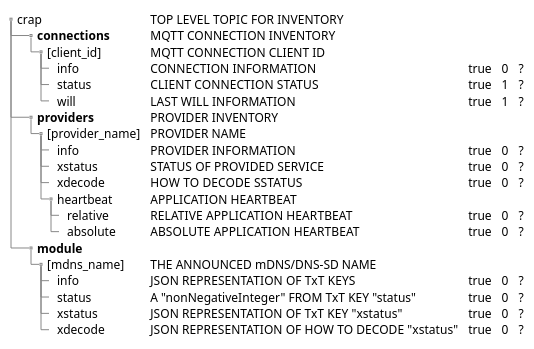
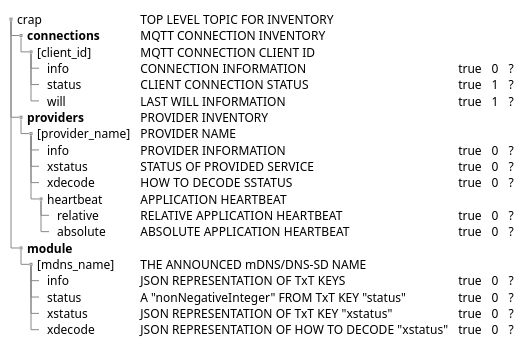
Before and after one commit to ITxPT/schematest: the diagram in puml-linktest/crap.puml, drawn with PlantUML.

```diff
--- a/puml-linktest/crap.puml
+++ b/puml-linktest/crap.puml
@@ -1,30 +1,30 @@
 @startsalt (id=crap)
 'title test crap
 {
 {T
 ' test crap
 + crap | TOP LEVEL TOPIC FOR INVENTORY
-+++ **connections** | MQTT CONNECTION INVENTORY
-++++ [client_id] | MQTT CONNECTION CLIENT ID
-+++++ info | CONNECTION INFORMATION | true | 0 | ?
-+++++ status | CLIENT CONNECTION STATUS | true | 1 | ?
-+++++ will | LAST WILL INFORMATION | true | 1 | ?
+++ **connections** | MQTT CONNECTION INVENTORY
++++ [client_id] | MQTT CONNECTION CLIENT ID
+++++ info | CONNECTION INFORMATION | true | 0 | ?
+++++ status | CLIENT CONNECTION STATUS | true | 1 | ?
+++++ will | LAST WILL INFORMATION | true | 1 | ?
 
-+++ **providers** | PROVIDER INVENTORY
-++++ [provider_name] | PROVIDER NAME
-+++++ info | PROVIDER INFORMATION | true | 0 | ?
-+++++ xstatus | STATUS OF PROVIDED SERVICE | true | 0 | ?
-+++++ xdecode | HOW TO DECODE SSTATUS | true | 0 | ?
-+++++ heartbeat | APPLICATION HEARTBEAT
-++++++ relative | RELATIVE APPLICATION HEARTBEAT | true | 0 | ?
-++++++ absolute | ABSOLUTE APPLICATION HEARTBEAT | true | 0 | ?
+++ **providers** | PROVIDER INVENTORY
++++ [provider_name] | PROVIDER NAME
+++++ info | PROVIDER INFORMATION | true | 0 | ?
+++++ xstatus | STATUS OF PROVIDED SERVICE | true | 0 | ?
+++++ xdecode | HOW TO DECODE SSTATUS | true | 0 | ?
+++++ heartbeat | APPLICATION HEARTBEAT
++++++ relative | RELATIVE APPLICATION HEARTBEAT | true | 0 | ?
++++++ absolute | ABSOLUTE APPLICATION HEARTBEAT | true | 0 | ?
 
-+++ **module**
-++++ [mdns_name] | THE ANNOUNCED mDNS/DNS-SD NAME
-+++++ info | JSON REPRESENTATION OF TxT KEYS | true | 0 | ?
-+++++ status | A "nonNegativeInteger" FROM TxT KEY "status" | true | 0 | ?
-+++++ xstatus | JSON REPRESENTATION OF TxT KEY "xstatus" | true | 0 | ?
-+++++ xdecode | JSON REPRESENTATION OF HOW TO DECODE "xstatus" | true | 0 | ?
+++ **module**
++++ [mdns_name] | THE ANNOUNCED mDNS/DNS-SD NAME
+++++ info | JSON REPRESENTATION OF TxT KEYS | true | 0 | ?
+++++ status | A "nonNegativeInteger" FROM TxT KEY "status" | true | 0 | ?
+++++ xstatus | JSON REPRESENTATION OF TxT KEY "xstatus" | true | 0 | ?
+++++ xdecode | JSON REPRESENTATION OF HOW TO DECODE "xstatus" | true | 0 | ?
 }
 }
 @endsalt
```
